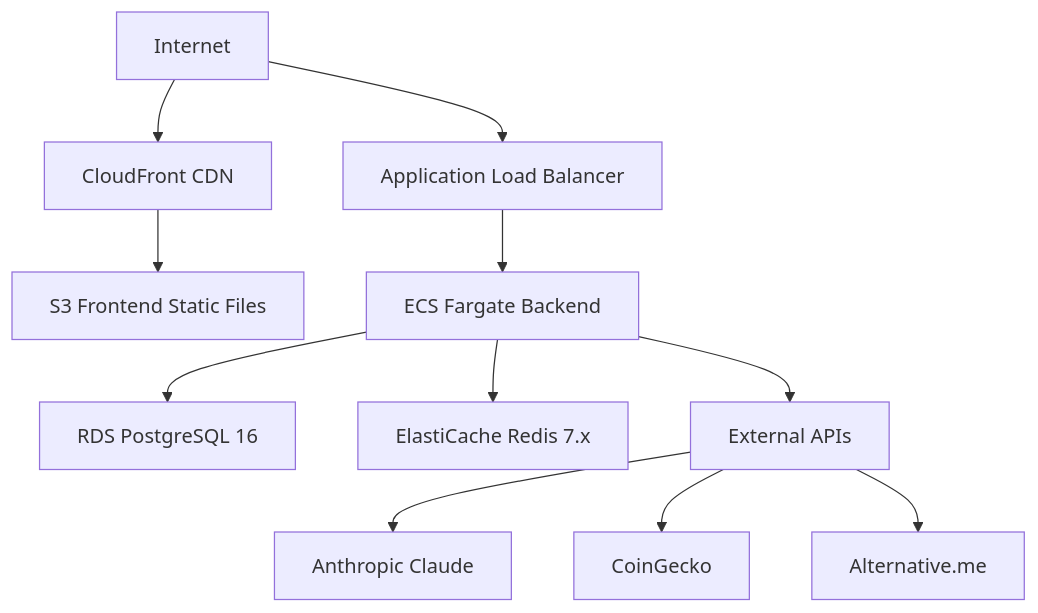
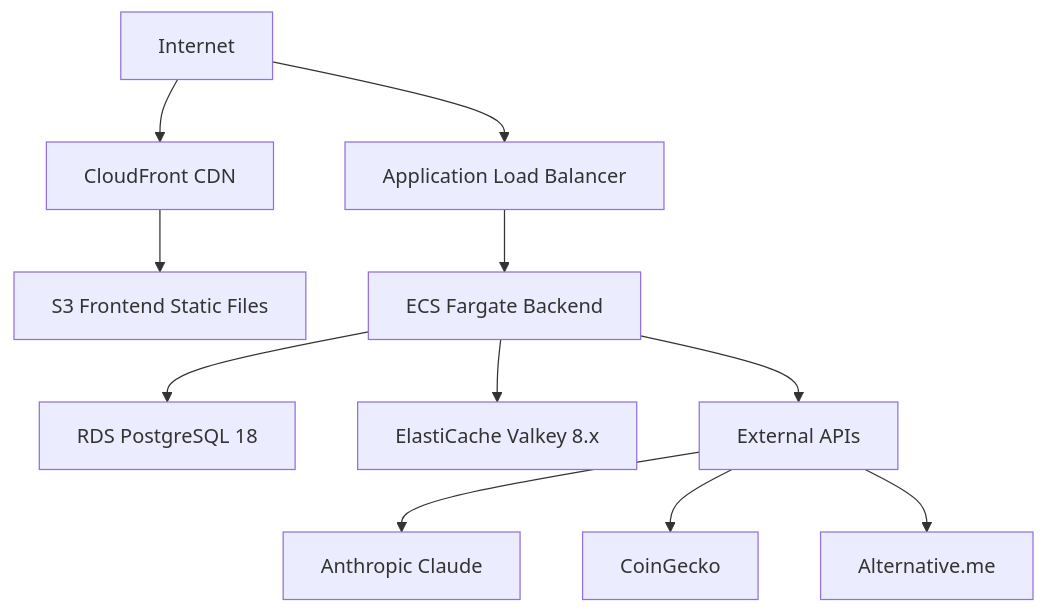
Before and after one commit to 5010-dev/sage-docs: the first of 3 diagrams in docs/technical/infrastructure-spec.md, drawn with Mermaid. The commit also changed other lines of this file and 8 other files, not shown here.

````diff
--- a/docs/technical/infrastructure-spec.md
+++ b/docs/technical/infrastructure-spec.md
@@ -14,13 +14,13 @@
 ```mermaid
 graph TD
     A[Internet] --> B[CloudFront CDN]
     B --> C[S3 Frontend Static Files]
     A --> D[Application Load Balancer]
     D --> E[ECS Fargate Backend]
-    E --> F[RDS PostgreSQL 16]
-    E --> G[ElastiCache Redis 7.x]
+    E --> F[RDS PostgreSQL 18]
+    E --> G[ElastiCache Valkey 8.x]
     E --> H[External APIs]
     H --> I[Anthropic Claude]
     H --> J[CoinGecko]
     H --> K[Alternative.me]
 ```
````
